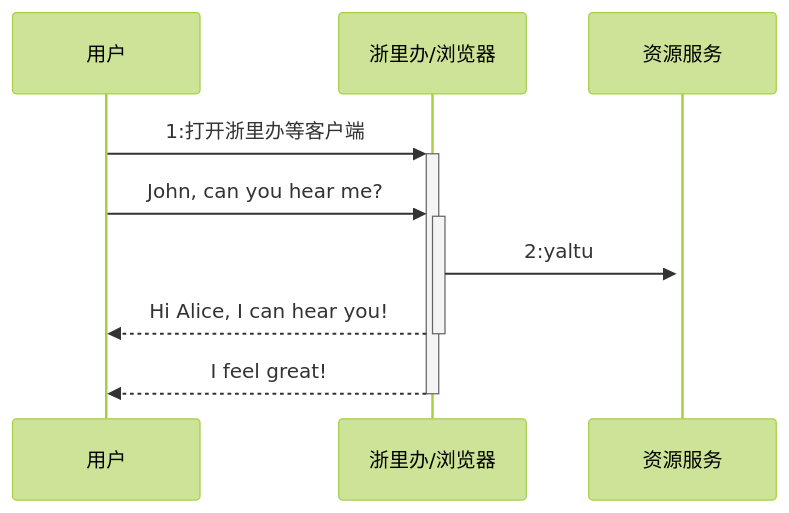
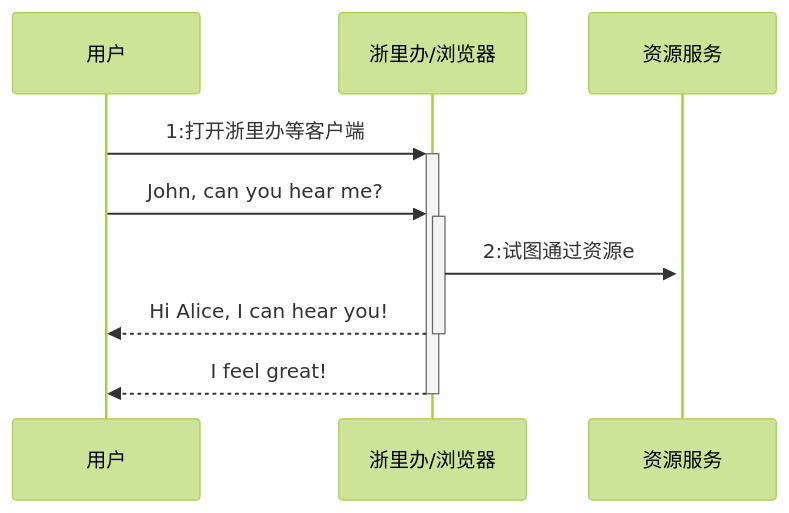
The diagram in all/居民端时序图.md (fifuntop/iodraw-files), drawn with Mermaid (forest theme) before and after one commit.

Commit message:
2024-03-14 14:46:05 update

````diff
--- a/all/居民端时序图.md
+++ b/all/居民端时序图.md
@@ -1,9 +1,9 @@
 ```mermaid
 sequenceDiagram
     用户->>+浙里办/浏览器: 1:打开浙里办等客户端
     用户->>+浙里办/浏览器: John, can you hear me?
-    浙里办/浏览器->>+资源服务: 2:yaltu
+    浙里办/浏览器->>+资源服务: 2:试图通过资源e
     浙里办/浏览器-->>-用户: Hi Alice, I can hear you!
     浙里办/浏览器-->>-用户: I feel great!
             
 ```
````
